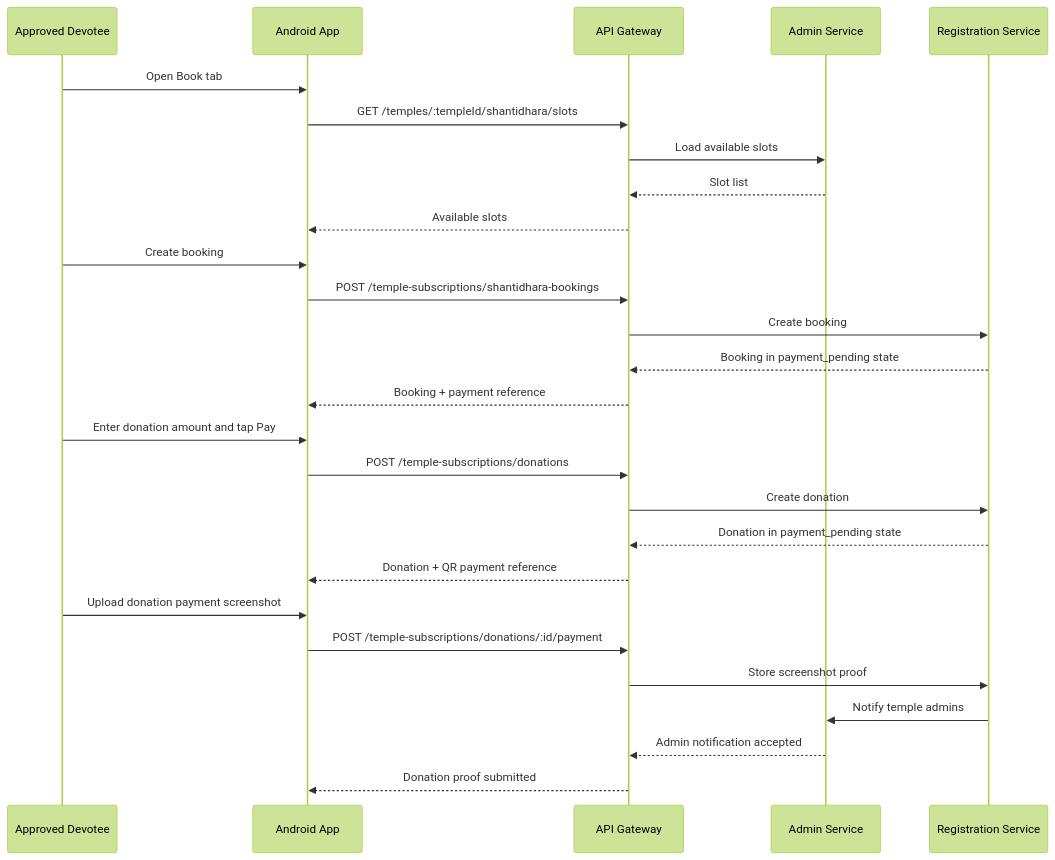
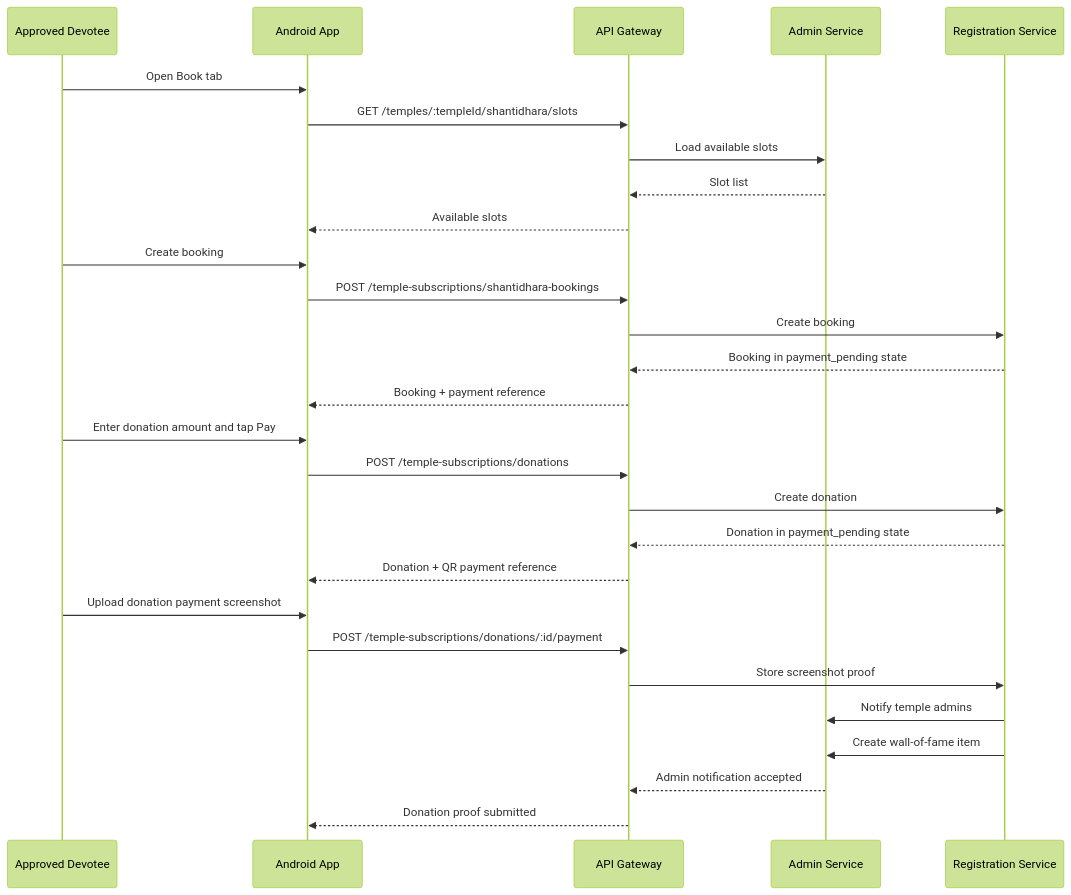
Before and after one commit to apoorv2009/temple-infra: the fourth of 5 diagrams in docs/temple-app-phase1-fresh-architecture.md, drawn with Mermaid (forest theme). The commit also changed other lines of this file and 1 other file, not shown here.

````diff
--- a/docs/temple-app-phase1-fresh-architecture.md
+++ b/docs/temple-app-phase1-fresh-architecture.md
@@ -352,33 +356,34 @@
 ```mermaid
 sequenceDiagram
     participant U as Approved Devotee
     participant FE as Android App
     participant GW as API Gateway
     participant ADM as Admin Service
     participant REG as Registration Service
 
     U->>FE: Open Book tab
     FE->>GW: GET /temples/:templeId/shantidhara/slots
     GW->>ADM: Load available slots
     ADM-->>GW: Slot list
     GW-->>FE: Available slots
 
     U->>FE: Create booking
     FE->>GW: POST /temple-subscriptions/shantidhara-bookings
     GW->>REG: Create booking
     REG-->>GW: Booking in payment_pending state
     GW-->>FE: Booking + payment reference
 
     U->>FE: Enter donation amount and tap Pay
     FE->>GW: POST /temple-subscriptions/donations
     GW->>REG: Create donation
     REG-->>GW: Donation in payment_pending state
     GW-->>FE: Donation + QR payment reference
 
     U->>FE: Upload donation payment screenshot
     FE->>GW: POST /temple-subscriptions/donations/:id/payment
     GW->>REG: Store screenshot proof
     REG->>ADM: Notify temple admins
+    REG->>ADM: Create wall-of-fame item
     ADM-->>GW: Admin notification accepted
     GW-->>FE: Donation proof submitted
 ```
````
